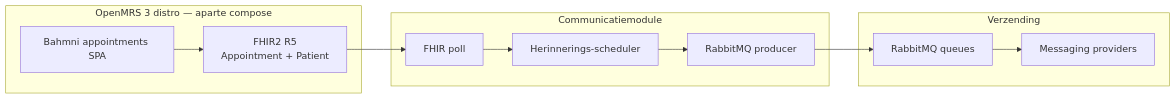
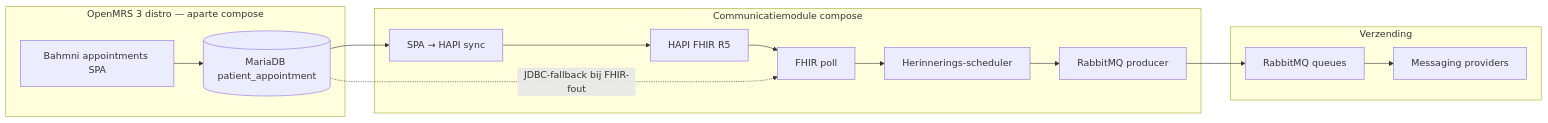
Before and after one commit to BoyanKloosterman/openmrs-comm-module: the diagram in README.md, drawn with Mermaid. The commit also changed other lines of this file and 2 other files, not shown here.

First line of the commit message:
Update performance and test reports, add HAPI R5

````diff
--- a/README.md
+++ b/README.md
@@ -33,22 +33,27 @@
 ```mermaid
 flowchart LR
   subgraph distro [OpenMRS 3 distro — aparte compose]
     SPA[Bahmni appointments SPA]
-    FHIR[FHIR2 R5<br/>Appointment + Patient]
+    MARIA[(MariaDB patient_appointment)]
   end
-  subgraph comm [Communicatiemodule]
+  subgraph comm [Communicatiemodule compose]
+    SYNC[SPA → HAPI sync]
+    HAPI[HAPI FHIR R5]
     POLL[FHIR poll]
     SCHED[Herinnerings-scheduler]
     RMQ[RabbitMQ producer]
   end
   subgraph delivery [Verzending]
     Q[RabbitMQ queues]
     PROV[Messaging providers]
   end
-  SPA --> FHIR
-  FHIR --> POLL
+  SPA --> MARIA
+  MARIA --> SYNC
+  SYNC --> HAPI
+  HAPI --> POLL
+  MARIA -. JDBC-fallback bij FHIR-fout .-> POLL
   POLL --> SCHED
   SCHED --> RMQ
   RMQ --> Q
   Q --> PROV
 ```
````
